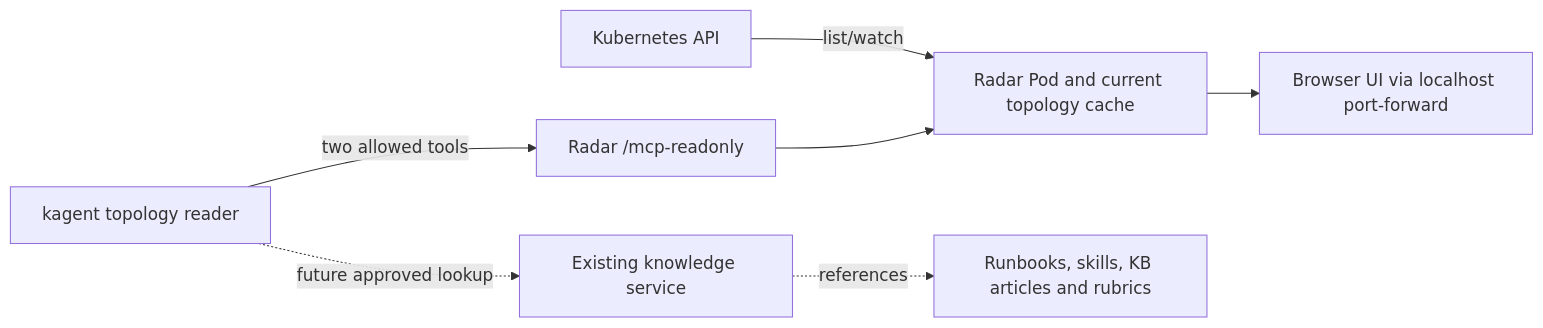
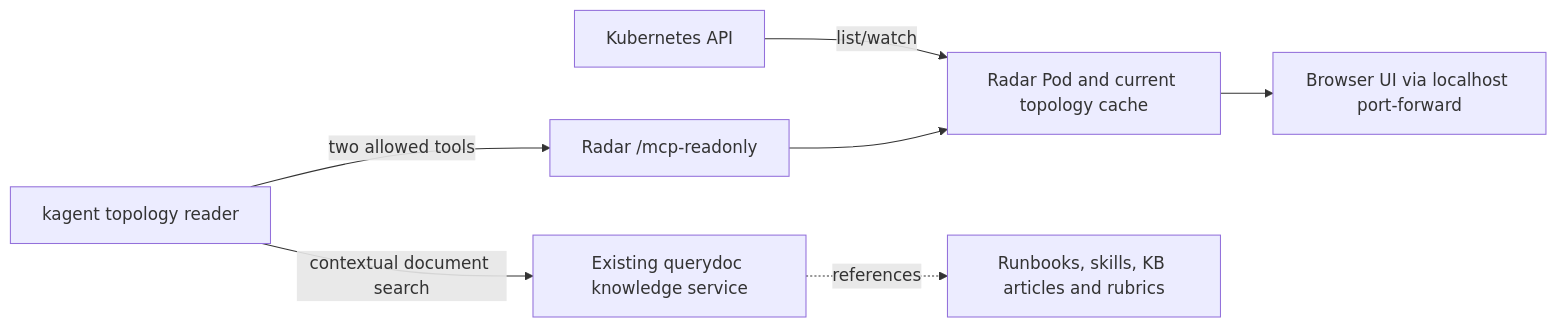
The diagram in work-agent-bundles/radar-topology-mcp/README.md (davidmarkgardiner/kagent-public), drawn with Mermaid before and after one commit. The commit also changed other lines of this file and 29 other files, not shown here.

````diff
--- a/work-agent-bundles/radar-topology-mcp/README.md
+++ b/work-agent-bundles/radar-topology-mcp/README.md
@@ -14,9 +23,9 @@
 ```mermaid
 flowchart LR
   K[Kubernetes API] -->|list/watch| R[Radar Pod and current topology cache]
   R --> U[Browser UI via localhost port-forward]
   A[kagent topology reader] -->|two allowed tools| M[Radar /mcp-readonly]
   M --> R
-  A -. future approved lookup .-> G[Existing knowledge service]
+  A -->|contextual document search| G[Existing querydoc knowledge service]
   G -. references .-> B[Runbooks, skills, KB articles and rubrics]
 ```
````
